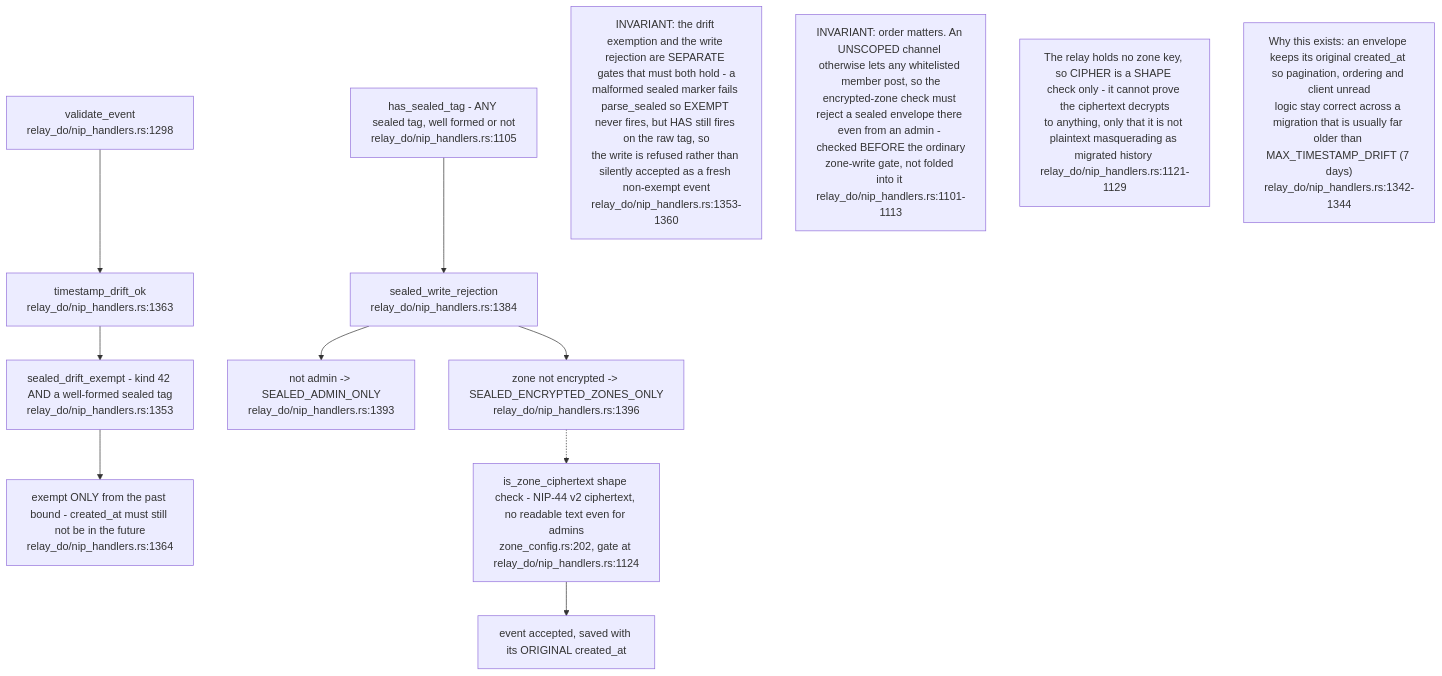
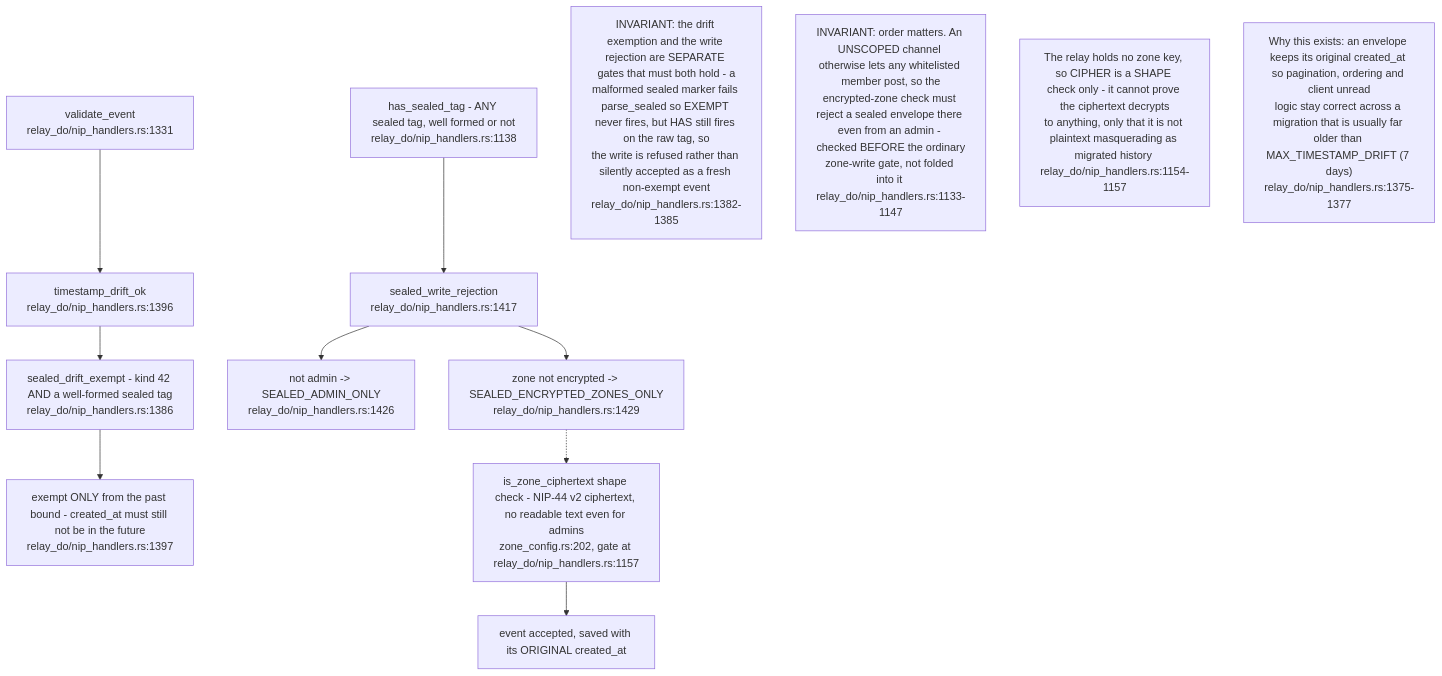
One commit to DreamLab-AI/VisionFlow changed diagram 15 of 16 in docs/diagrams/nostr-rust-forum/11-relay-durable-object-internals.md. Above: the diagram before and after it, drawn with Mermaid. The commit also changed other lines of this file and 111 other files, not shown here.

Commit message:
docs(diagrams): align estate maps with current source

````diff
--- a/docs/diagrams/nostr-rust-forum/11-relay-durable-object-internals.md
+++ b/docs/diagrams/nostr-rust-forum/11-relay-durable-object-internals.md
@@ -430,23 +431,23 @@
 ```mermaid
 flowchart TB
-    VAL["validate_event<br/>relay_do/nip_handlers.rs:1298"]
-    DRIFT["timestamp_drift_ok<br/>relay_do/nip_handlers.rs:1363"]
-    EXEMPT["sealed_drift_exempt - kind 42 AND a well-formed sealed tag<br/>relay_do/nip_handlers.rs:1353"]
-    PAST["exempt ONLY from the past bound - created_at must still not be in the future<br/>relay_do/nip_handlers.rs:1364"]
-    HAS["has_sealed_tag - ANY sealed tag, well formed or not<br/>relay_do/nip_handlers.rs:1105"]
-    REJ["sealed_write_rejection<br/>relay_do/nip_handlers.rs:1384"]
-    ADMIN["not admin -> SEALED_ADMIN_ONLY<br/>relay_do/nip_handlers.rs:1393"]
-    ENCZ["zone not encrypted -> SEALED_ENCRYPTED_ZONES_ONLY<br/>relay_do/nip_handlers.rs:1396"]
-    CIPHER["is_zone_ciphertext shape check - NIP-44 v2 ciphertext, no readable text even for admins<br/>zone_config.rs:202, gate at relay_do/nip_handlers.rs:1124"]
+    VAL["validate_event<br/>relay_do/nip_handlers.rs:1331"]
+    DRIFT["timestamp_drift_ok<br/>relay_do/nip_handlers.rs:1396"]
+    EXEMPT["sealed_drift_exempt - kind 42 AND a well-formed sealed tag<br/>relay_do/nip_handlers.rs:1386"]
+    PAST["exempt ONLY from the past bound - created_at must still not be in the future<br/>relay_do/nip_handlers.rs:1397"]
+    HAS["has_sealed_tag - ANY sealed tag, well formed or not<br/>relay_do/nip_handlers.rs:1138"]
+    REJ["sealed_write_rejection<br/>relay_do/nip_handlers.rs:1417"]
+    ADMIN["not admin -> SEALED_ADMIN_ONLY<br/>relay_do/nip_handlers.rs:1426"]
+    ENCZ["zone not encrypted -> SEALED_ENCRYPTED_ZONES_ONLY<br/>relay_do/nip_handlers.rs:1429"]
+    CIPHER["is_zone_ciphertext shape check - NIP-44 v2 ciphertext, no readable text even for admins<br/>zone_config.rs:202, gate at relay_do/nip_handlers.rs:1157"]
     OK["event accepted, saved with its ORIGINAL created_at"]
 
     VAL --> DRIFT --> EXEMPT --> PAST
     HAS --> REJ --> ADMIN
     REJ --> ENCZ
     ENCZ -.-> CIPHER --> OK
 
-    N1["INVARIANT: the drift exemption and the write rejection are SEPARATE gates that must both hold - a<br/>malformed sealed marker fails parse_sealed so EXEMPT never fires, but HAS still fires on the raw tag, so<br/>the write is refused rather than silently accepted as a fresh non-exempt event<br/>relay_do/nip_handlers.rs:1353-1360"]
-    N2["INVARIANT: order matters. An UNSCOPED channel otherwise lets any whitelisted member post, so the<br/>encrypted-zone check must reject a sealed envelope there even from an admin - checked BEFORE the ordinary<br/>zone-write gate, not folded into it relay_do/nip_handlers.rs:1101-1113"]
-    N3["The relay holds no zone key, so CIPHER is a SHAPE check only - it cannot prove the ciphertext decrypts<br/>to anything, only that it is not plaintext masquerading as migrated history relay_do/nip_handlers.rs:1121-1129"]
-    N4["Why this exists: an envelope keeps its original created_at so pagination, ordering and client unread<br/>logic stay correct across a migration that is usually far older than MAX_TIMESTAMP_DRIFT (7 days)<br/>relay_do/nip_handlers.rs:1342-1344"]
+    N1["INVARIANT: the drift exemption and the write rejection are SEPARATE gates that must both hold - a<br/>malformed sealed marker fails parse_sealed so EXEMPT never fires, but HAS still fires on the raw tag, so<br/>the write is refused rather than silently accepted as a fresh non-exempt event<br/>relay_do/nip_handlers.rs:1382-1385"]
+    N2["INVARIANT: order matters. An UNSCOPED channel otherwise lets any whitelisted member post, so the<br/>encrypted-zone check must reject a sealed envelope there even from an admin - checked BEFORE the ordinary<br/>zone-write gate, not folded into it relay_do/nip_handlers.rs:1133-1147"]
+    N3["The relay holds no zone key, so CIPHER is a SHAPE check only - it cannot prove the ciphertext decrypts<br/>to anything, only that it is not plaintext masquerading as migrated history relay_do/nip_handlers.rs:1154-1157"]
+    N4["Why this exists: an envelope keeps its original created_at so pagination, ordering and client unread<br/>logic stay correct across a migration that is usually far older than MAX_TIMESTAMP_DRIFT (7 days)<br/>relay_do/nip_handlers.rs:1375-1377"]
 ```
````
